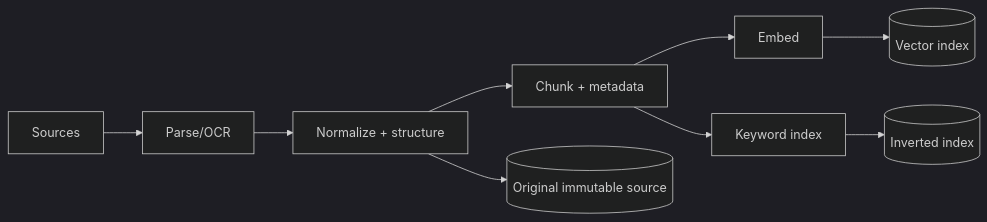
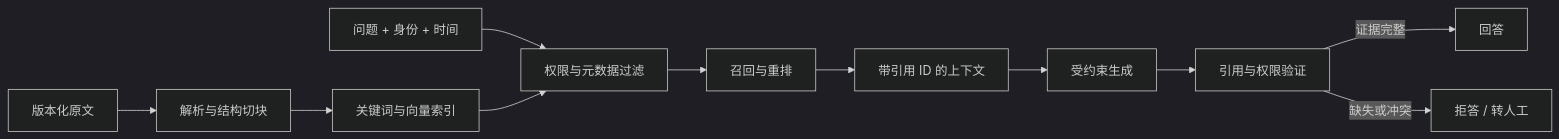
Before and after one commit to 007M7/learning007: the diagram in docs/domains/ai/03-rag.md, drawn with Mermaid (dark theme). The commit also changed other lines of this file and 90 other files, not shown here.

````diff
--- a/docs/domains/ai/03-rag.md
+++ b/docs/domains/ai/03-rag.md
@@ -27,11 +37,13 @@
 ```mermaid
 flowchart LR
-  S[Sources] --> P[Parse/OCR]
-  P --> N[Normalize + structure]
-  N --> C[Chunk + metadata]
-  C --> E[Embed]
-  C --> K[Keyword index]
-  E --> V[(Vector index)]
-  K --> X[(Inverted index)]
-  N --> O[(Original immutable source)]
+  S[版本化原文] --> P[解析与结构切块]
+  P --> I[关键词与向量索引]
+  Q[问题 + 身份 + 时间] --> F[权限与元数据过滤]
+  I --> F
+  F --> R[召回与重排]
+  R --> C[带引用 ID 的上下文]
+  C --> G[受约束生成]
+  G --> V[引用与权限验证]
+  V -->|证据完整| A[回答]
+  V -->|缺失或冲突| N[拒答 / 转人工]
 ```
````
